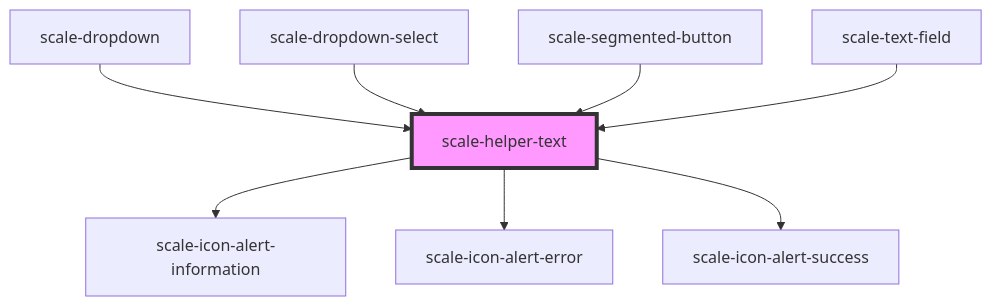
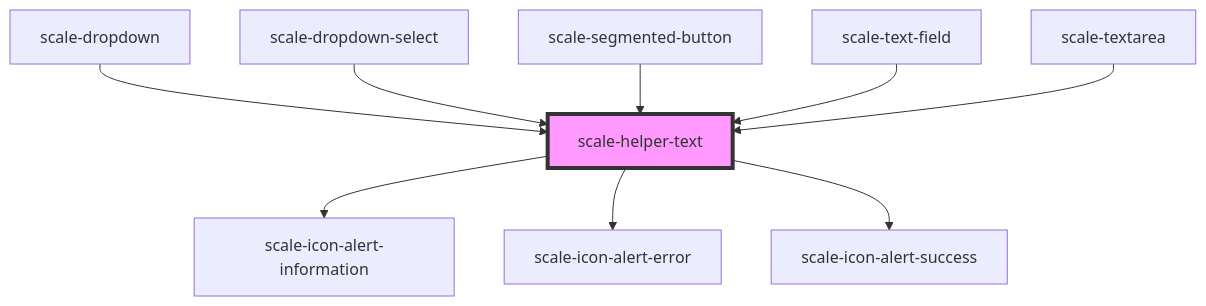
Before and after one commit to telekom/scale: the diagram in packages/components/src/components/helper-text/readme.md, drawn with Mermaid. The commit also changed other lines of this file and 4 other files, not shown here.

Commit message:
fix(text-area): use helper-text component

````diff
--- a/packages/components/src/components/helper-text/readme.md
+++ b/packages/components/src/components/helper-text/readme.md
@@ -51,11 +52,12 @@
 ```mermaid
 graph TD;
   scale-helper-text --> scale-icon-alert-information
   scale-helper-text --> scale-icon-alert-error
   scale-helper-text --> scale-icon-alert-success
   scale-dropdown --> scale-helper-text
   scale-dropdown-select --> scale-helper-text
   scale-segmented-button --> scale-helper-text
   scale-text-field --> scale-helper-text
+  scale-textarea --> scale-helper-text
   style scale-helper-text fill:#f9f,stroke:#333,stroke-width:4px
 ```
````
